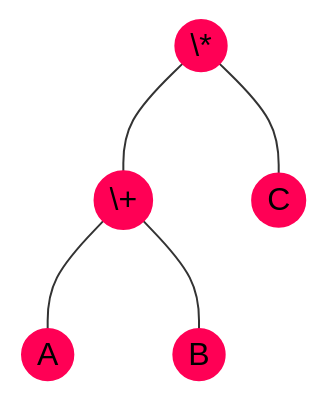
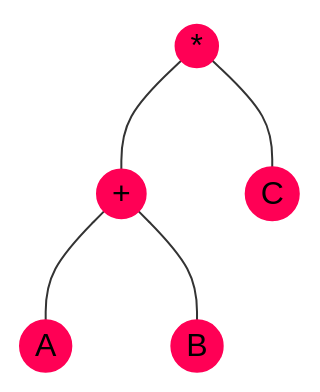
One commit to MagnoElMagnifico/blog changed the fifth of 7 diagrams in content/aed/arboles.md. Above: the diagram before and after it, drawn with Mermaid. The commit also changed 28 other files, not shown here.

````diff
--- a/content/aed/arboles.md
+++ b/content/aed/arboles.md
@@ -361,9 +361,9 @@
 ```mermaid
 flowchart
     classDef node stroke:#f05,fill:#f05,color:black;
 
-    M(("\*")) --- S(("\+"))
+    M(("*")) --- S(("+"))
     S --- A((A))
     S --- B((B))
     M --- C((C))
 ```
````
